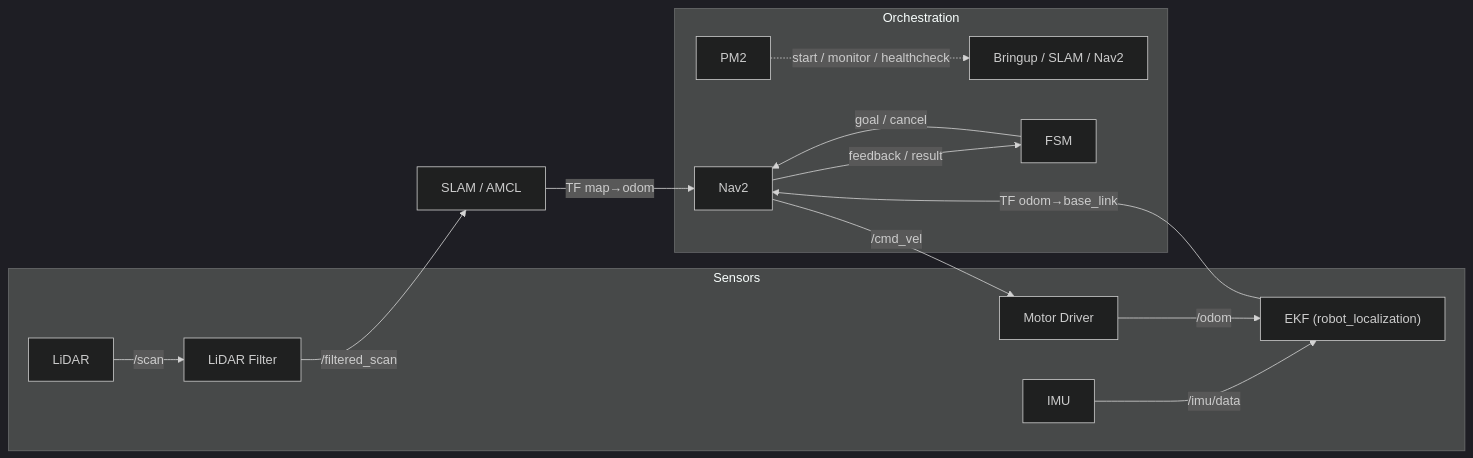
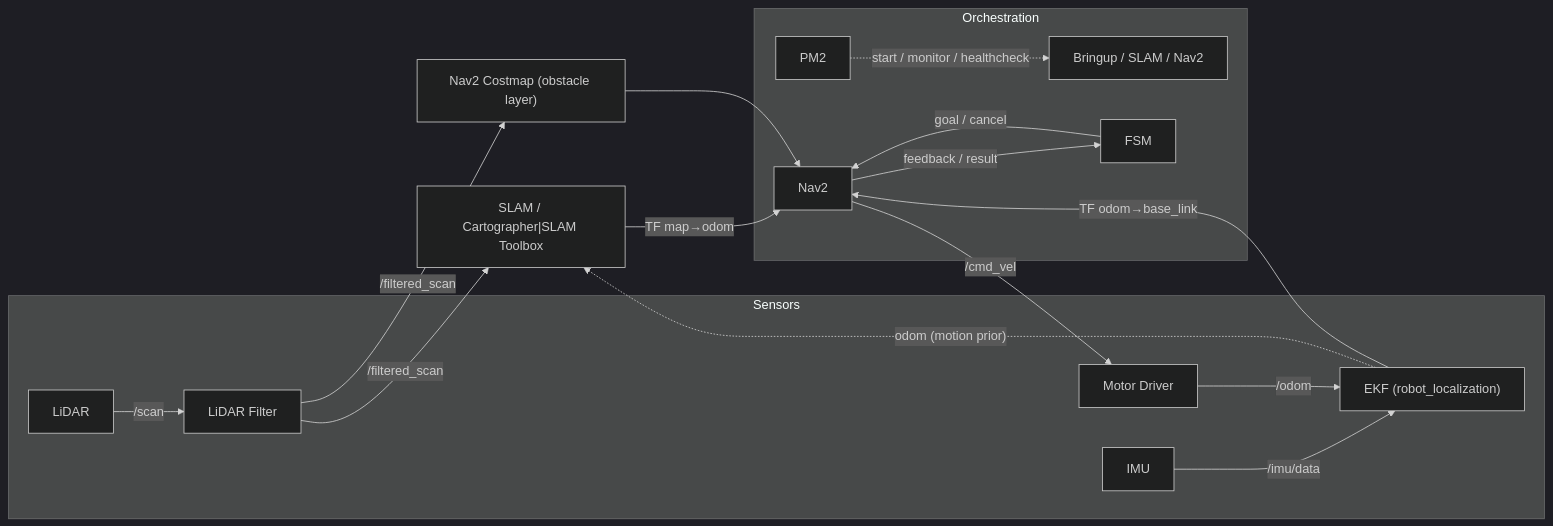
The diagram in README.md (DeveloperKSH/Indoor_LogisticsRobot), drawn with Mermaid (dark theme) before and after one commit.

Commit message:
md file update

````diff
--- a/README.md
+++ b/README.md
@@ -66,21 +66,27 @@
 ```mermaid
 flowchart LR
   subgraph Sensors
     L["LiDAR"] -->|/scan| F1["LiDAR Filter"]
     I["IMU"] -->|/imu/data| E["EKF (robot_localization)"]
     M["Motor Driver"] -->|/odom| E
   end
 
-  F1 -->|/filtered_scan| S["SLAM / AMCL"]
-  %% TF 분리 표기: AMCL -> map→odom, EKF -> odom→base_link
+  F1 -->|/filtered_scan| S["SLAM / Cartographer|SLAM Toolbox"]
+  E -. "odom (motion prior)" .-> S
+
+  %% TF responsibilities
   S -->|TF map→odom| N["Nav2"]
   E -->|TF odom→base_link| N
+
+  %% Costmap also uses scans
+  F1 -->|/filtered_scan| C["Nav2 Costmap (obstacle layer)"]
+  C --> N
 
   N -->|/cmd_vel| M
 
   subgraph Orchestration
     P["PM2"] -. "start / monitor / healthcheck" .-> B["Bringup / SLAM / Nav2"]
     W["FSM"] -->|goal / cancel| N
     N -->|feedback / result| W
   end
 ```
````
